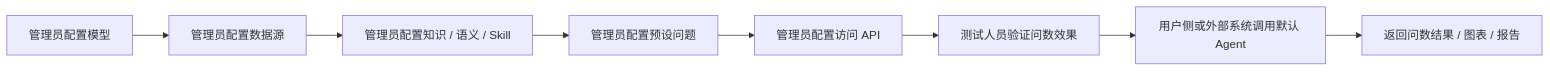
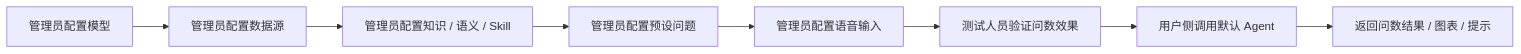
One commit to workermx/km-mom-dataagent-docs changed the diagram in 02-requirements/需求评审/MOM智能问数-MVP管理侧需求规格文档.md. Above: the diagram before and after it, drawn with Mermaid. The commit also changed other lines of this file and 43 other files, not shown here.

````diff
--- a/02-requirements/需求评审/MOM智能问数-MVP管理侧需求规格文档.md
+++ b/02-requirements/需求评审/MOM智能问数-MVP管理侧需求规格文档.md
@@ -69,10 +71,10 @@
 ```mermaid
 flowchart LR
   A["管理员配置模型"] --> B["管理员配置数据源"]
   B --> C["管理员配置知识 / 语义 / Skill"]
   C --> D["管理员配置预设问题"]
-  D --> E["管理员配置访问 API"]
+  D --> E["管理员配置语音输入"]
   E --> F["测试人员验证问数效果"]
-  F --> G["用户侧或外部系统调用默认 Agent"]
-  G --> H["返回问数结果 / 图表 / 报告"]
+  F --> G["用户侧调用默认 Agent"]
+  G --> H["返回问数结果 / 图表 / 提示"]
 ```
````
